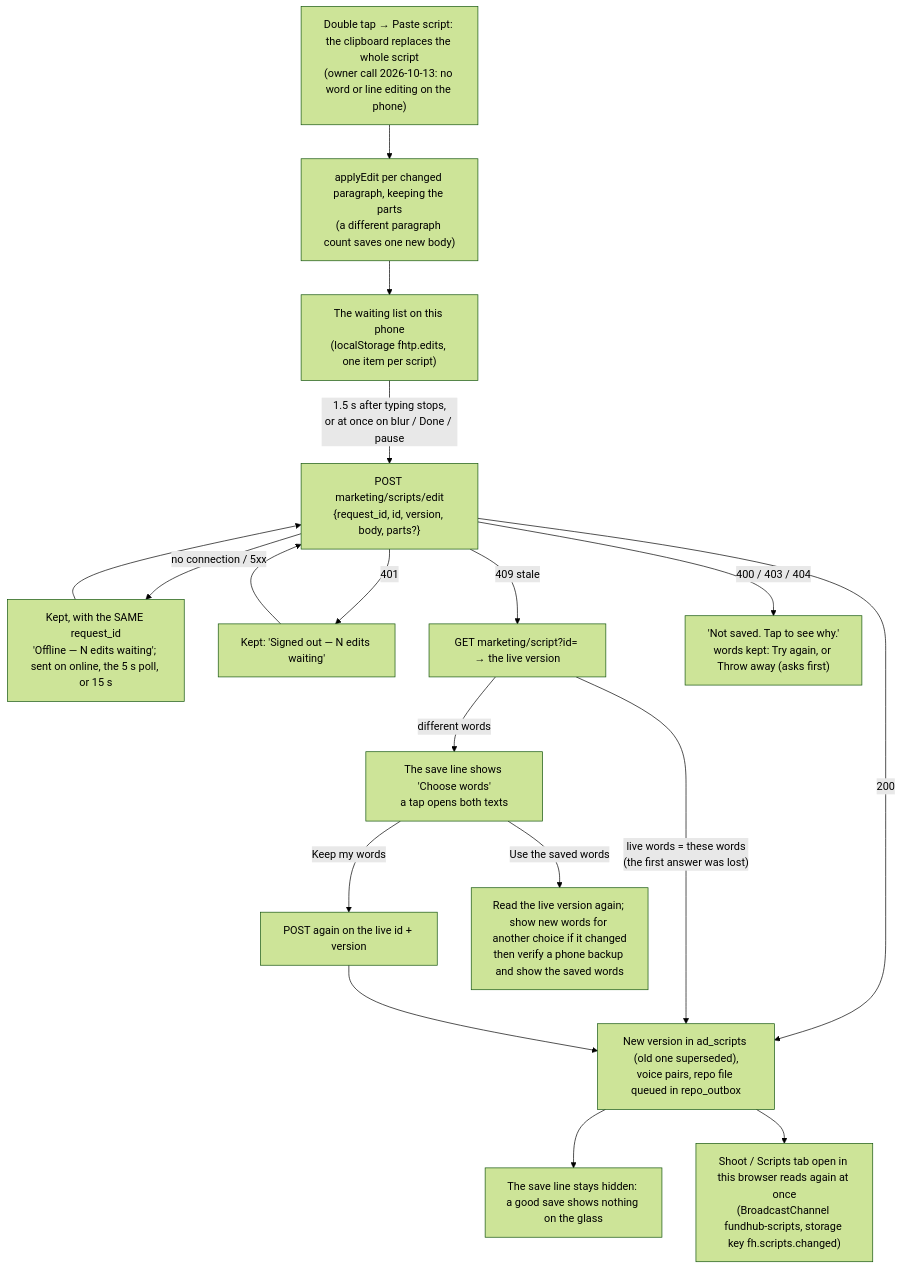
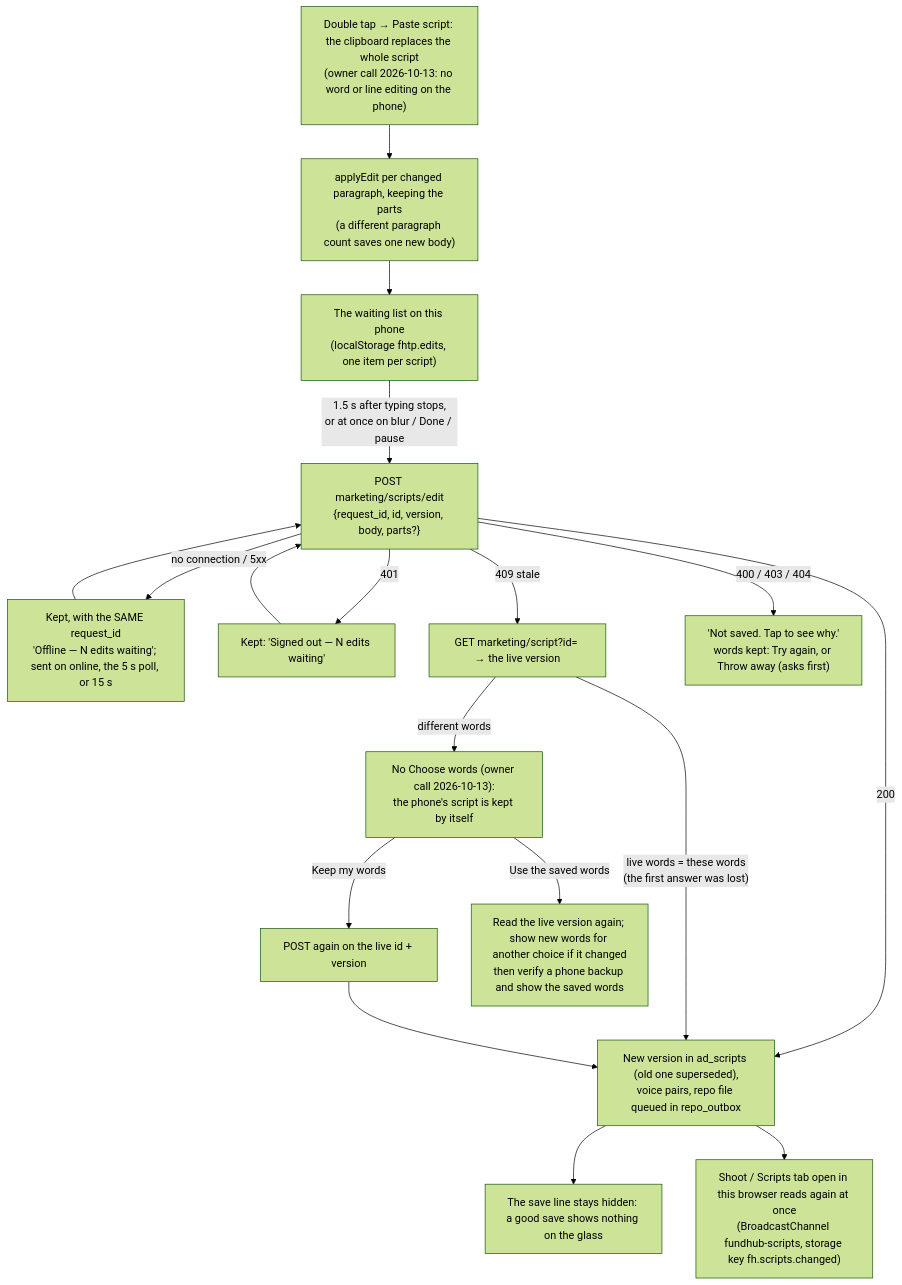
Before and after one commit to ZootimusMaximusSupreme/fundhub-platform: the fourth of 4 diagrams in docs/journeys/shoot-flow.md, drawn with Mermaid (forest theme). The commit also changed other lines of this file and 8 other files, not shown here.

First line of the commit message:
fix(teleprompter): hard 30 fps, camera never goes black, no Choose words

````diff
--- a/docs/journeys/shoot-flow.md
+++ b/docs/journeys/shoot-flow.md
@@ -74,19 +74,19 @@
 ```mermaid
 flowchart TD
     A["Double tap → Paste script: the clipboard replaces the whole script<br/>(owner call 2026-10-13: no word or line editing on the phone)"] --> B["applyEdit per changed paragraph, keeping the parts<br/>(a different paragraph count saves one new body)"]
     B --> Q["The waiting list on this phone<br/>(localStorage fhtp.edits, one item per script)"]
     Q -->|"1.5 s after typing stops,<br/>or at once on blur / Done / pause"| P["POST marketing/scripts/edit<br/>{request_id, id, version, body, parts?}"]
     P -->|200| V["New version in ad_scripts (old one superseded),<br/>voice pairs, repo file queued in repo_outbox"]
     V --> S["The save line stays hidden: a good save shows nothing on the glass"]
     V --> T["Shoot / Scripts tab open in this browser reads again at once<br/>(BroadcastChannel fundhub-scripts, storage key fh.scripts.changed)"]
     P -->|"no connection / 5xx"| O["Kept, with the SAME request_id<br/>'Offline — N edits waiting'; sent on online, the 5 s poll, or 15 s"]
     P -->|401| U["Kept: 'Signed out — N edits waiting'"]
     O --> P
     U --> P
     P -->|409 stale| L["GET marketing/script?id= → the live version"]
     L -->|"live words = these words<br/>(the first answer was lost)"| V
-    L -->|different words| C["The save line shows 'Choose words'<br/>a tap opens both texts"]
+    L -->|different words| C["No Choose words (owner call 2026-10-13):<br/>the phone's script is kept by itself"]
     C -->|Keep my words| P2["POST again on the live id + version"] --> V
     C -->|Use the saved words| W["Read the live version again; show new words for another choice if it changed<br/>then verify a phone backup and show the saved words"]
     P -->|"400 / 403 / 404"| F["'Not saved. Tap to see why.'<br/>words kept: Try again, or Throw away (asks first)"]
 ```
````
